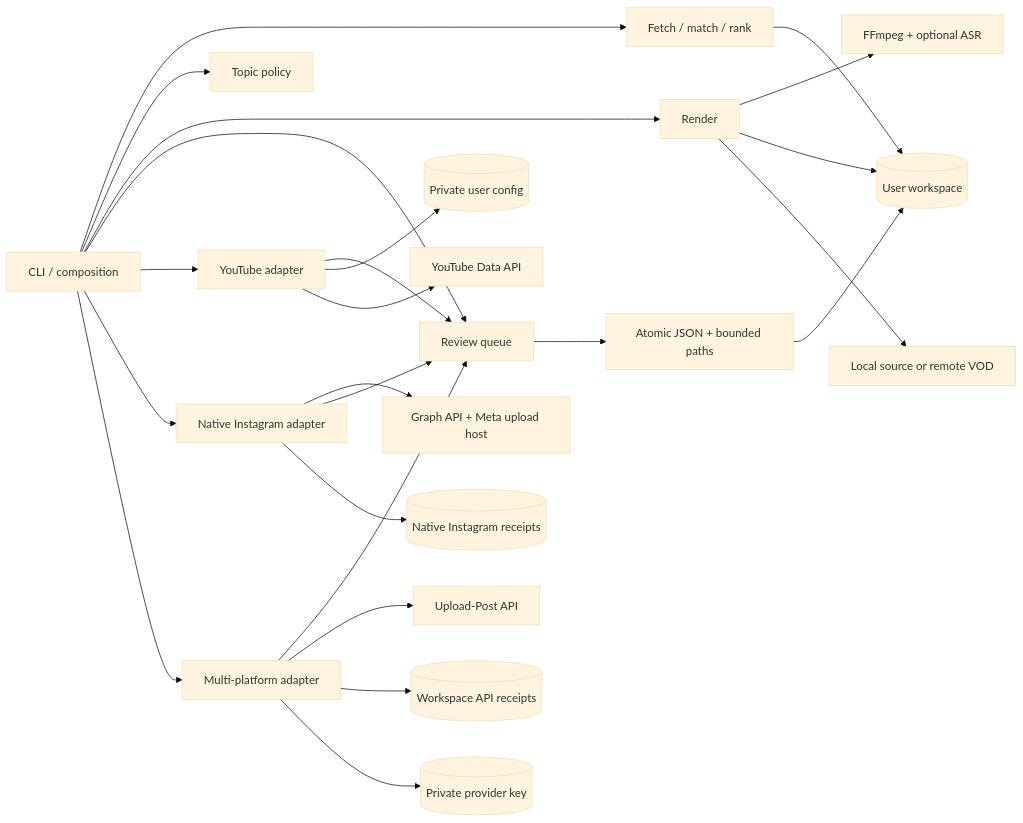
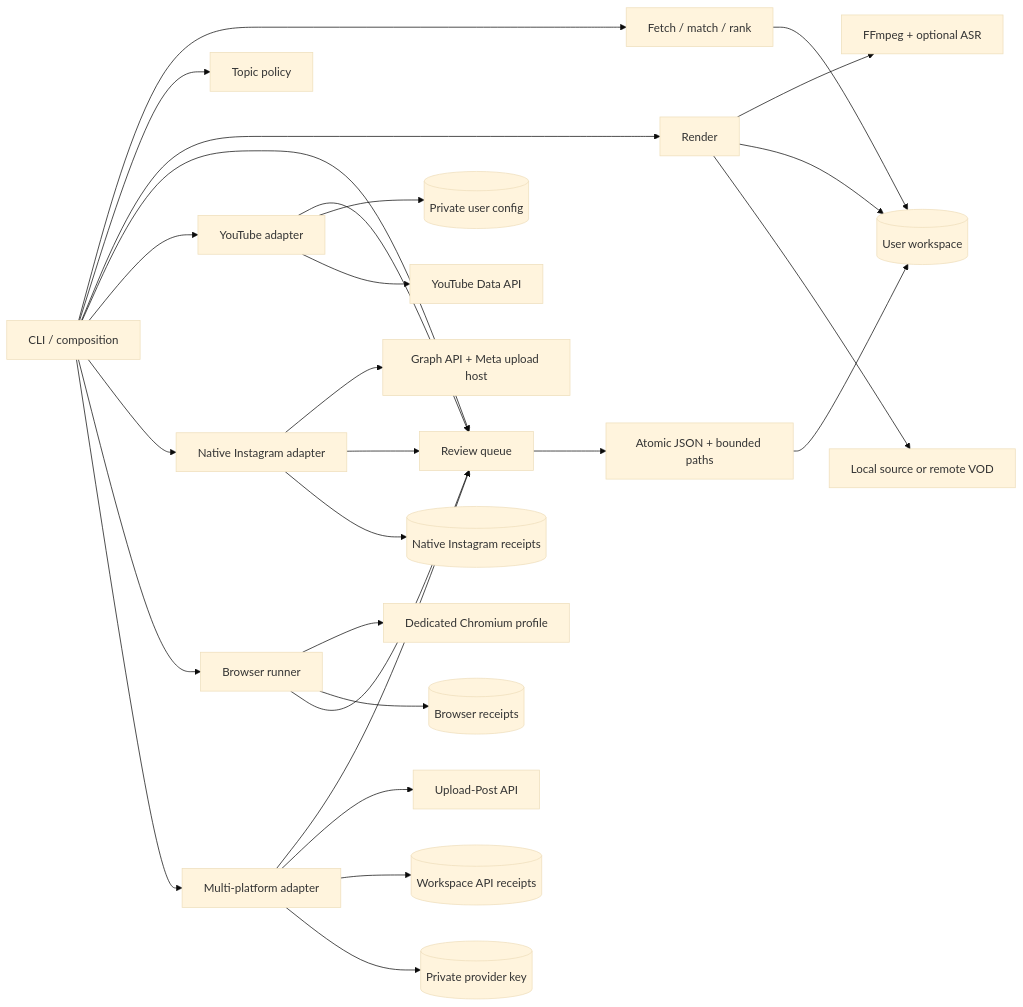
Before and after one commit to AndresGuido9820/zunara-studio: the diagram in docs/architecture.md, drawn with Mermaid (base theme). The commit also changed other lines of this file and 18 other files, not shown here.

````diff
--- a/docs/architecture.md
+++ b/docs/architecture.md
@@ -7,26 +7,30 @@
 ```mermaid
 flowchart LR
     CLI[CLI / composition] --> Analysis[Fetch / match / rank]
     CLI --> Editorial[Topic policy]
     CLI --> Render[Render]
     CLI --> Queue[Review queue]
     CLI --> YouTube[YouTube adapter]
     CLI --> Instagram[Native Instagram adapter]
     Instagram --> Meta[Graph API + Meta upload host]
     Instagram --> Queue
     Instagram --> NativeReceipts[(Native Instagram receipts)]
+    CLI --> Browser[Browser runner]
+    Browser --> Chromium[Dedicated Chromium profile]
+    Browser --> BrowserReceipts[(Browser receipts)]
+    Browser --> Queue
     CLI --> Social[Multi-platform adapter]
     Social --> Queue
     Social --> Provider[Upload-Post API]
     Social --> Receipts[(Workspace API receipts)]
     Social --> Key[(Private provider key)]
     Analysis --> Workspace[(User workspace)]
     Render --> FFmpeg[FFmpeg + optional ASR]
     Render --> Workspace
     Render --> Local[Local source or remote VOD]
     Queue --> Storage[Atomic JSON + bounded paths]
     Storage --> Workspace
     YouTube --> Queue
     YouTube --> OAuth[(Private user config)]
     YouTube --> API[YouTube Data API]
 ```
````
